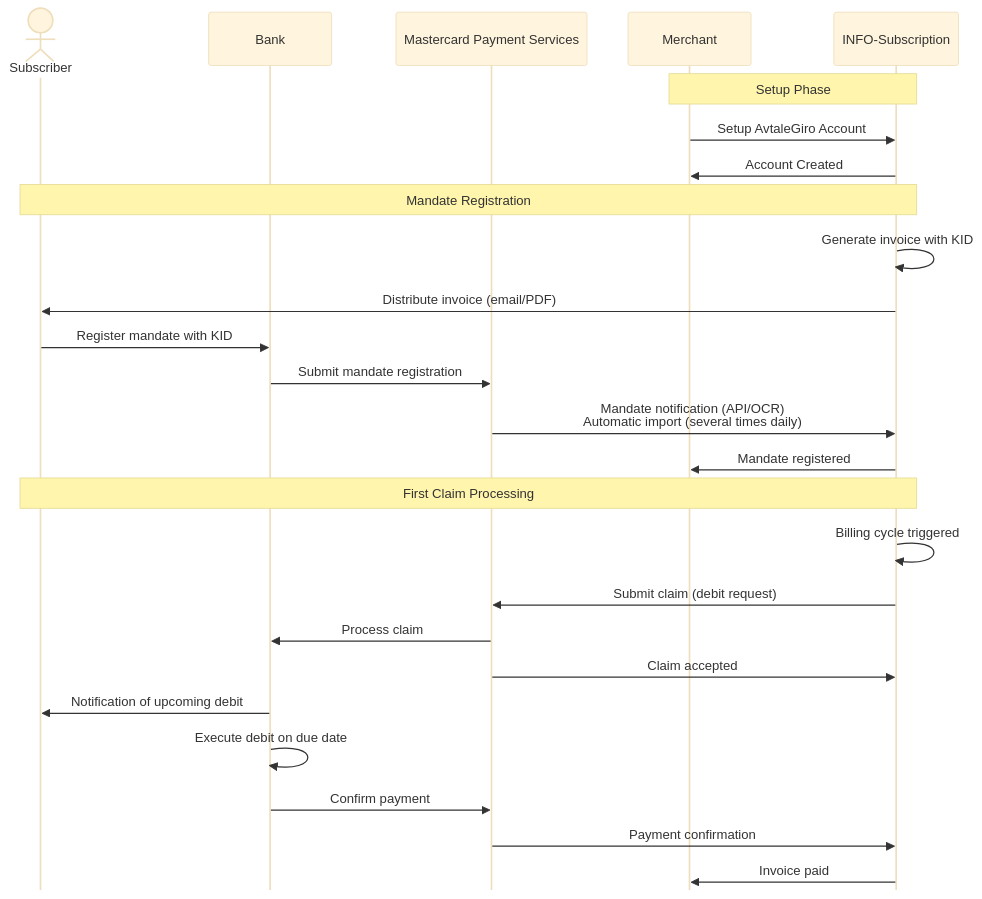
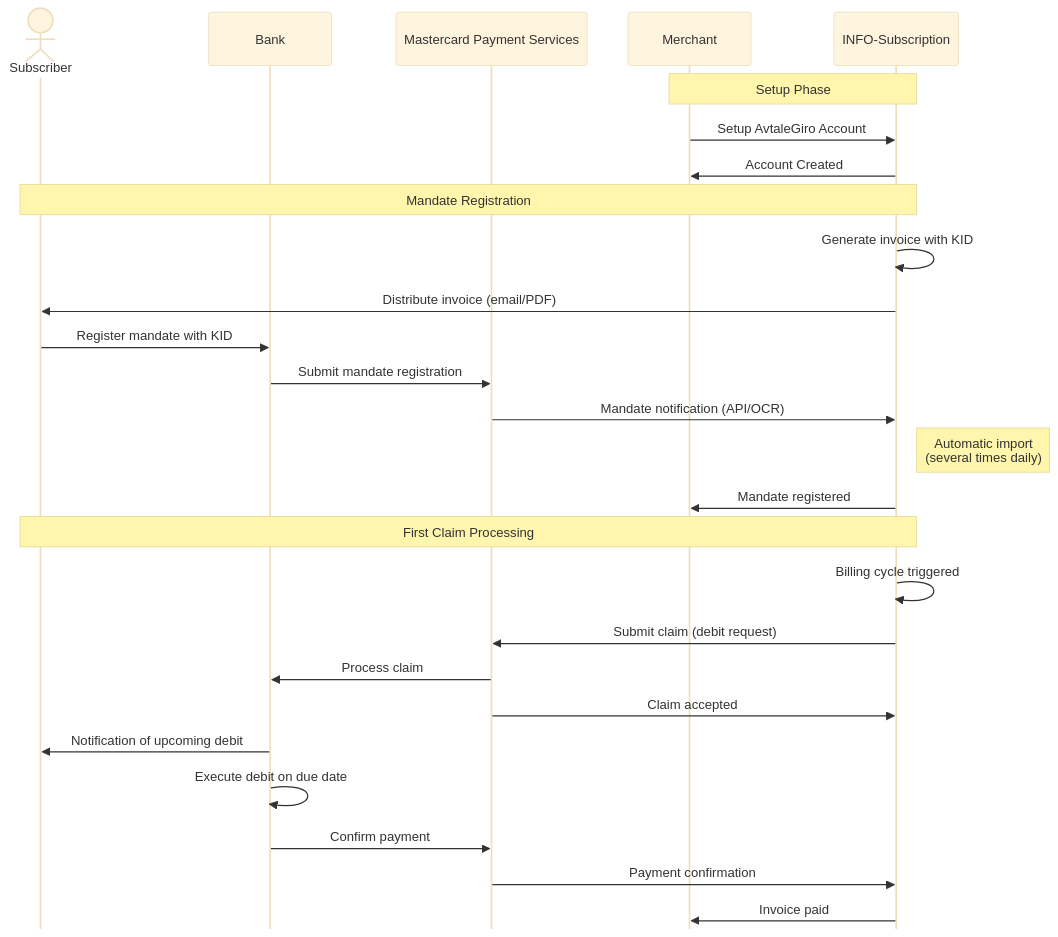
The diagram in source/payments/providers/avtalegiro.rst (infosoftas/info-subscription-doc), drawn with Mermaid (base theme) before and after one commit.

Commit message:
Improve diagram: use note for automatic import annotation for better Mermaid compatibility

```diff
--- a/source/payments/providers/avtalegiro.rst
+++ b/source/payments/providers/avtalegiro.rst
@@ -21,32 +21,33 @@
 .. mermaid::
 
    %%{init: { 'sequence': { 'mirrorActors': false } } }%%
    sequenceDiagram
       actor Subscriber
       participant Bank
       participant MPS as Mastercard Payment Services
       participant Merchant
       participant INFO-Subscription
 
       Note over Merchant,INFO-Subscription: Setup Phase
       Merchant->>INFO-Subscription: Setup AvtaleGiro Account
       INFO-Subscription->>Merchant: Account Created
 
       Note over Subscriber,INFO-Subscription: Mandate Registration
       INFO-Subscription->>INFO-Subscription: Generate invoice with KID
       INFO-Subscription->>Subscriber: Distribute invoice (email/PDF)
       Subscriber->>Bank: Register mandate with KID
       Bank->>MPS: Submit mandate registration
-      MPS->>INFO-Subscription: Mandate notification (API/OCR)<br/>Automatic import (several times daily)
+      MPS->>INFO-Subscription: Mandate notification (API/OCR)
+      Note right of INFO-Subscription: Automatic import<br/>(several times daily)
       INFO-Subscription->>Merchant: Mandate registered
 
       Note over Subscriber,INFO-Subscription: First Claim Processing
       INFO-Subscription->>INFO-Subscription: Billing cycle triggered
       INFO-Subscription->>MPS: Submit claim (debit request)
       MPS->>Bank: Process claim
       MPS->>INFO-Subscription: Claim accepted
       Bank->>Subscriber: Notification of upcoming debit
       Bank->>Bank: Execute debit on due date
       Bank->>MPS: Confirm payment
       MPS->>INFO-Subscription: Payment confirmation
       INFO-Subscription->>Merchant: Invoice paid
```
